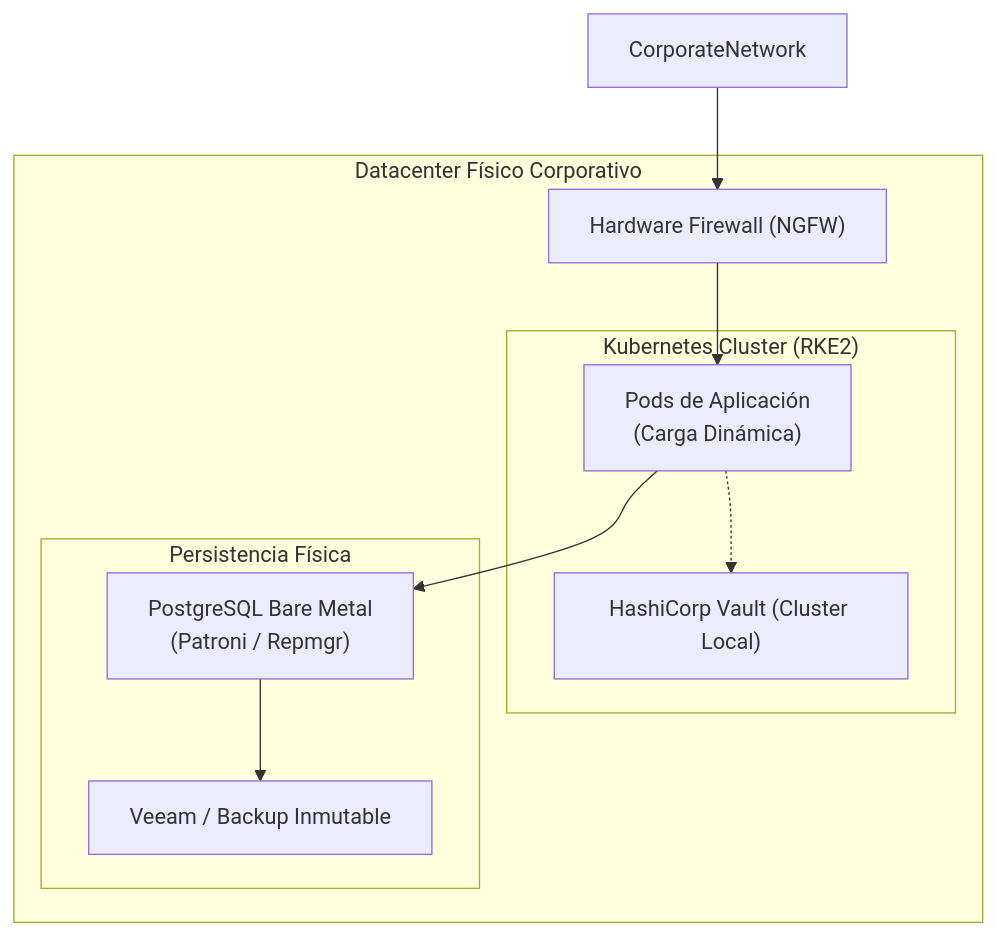
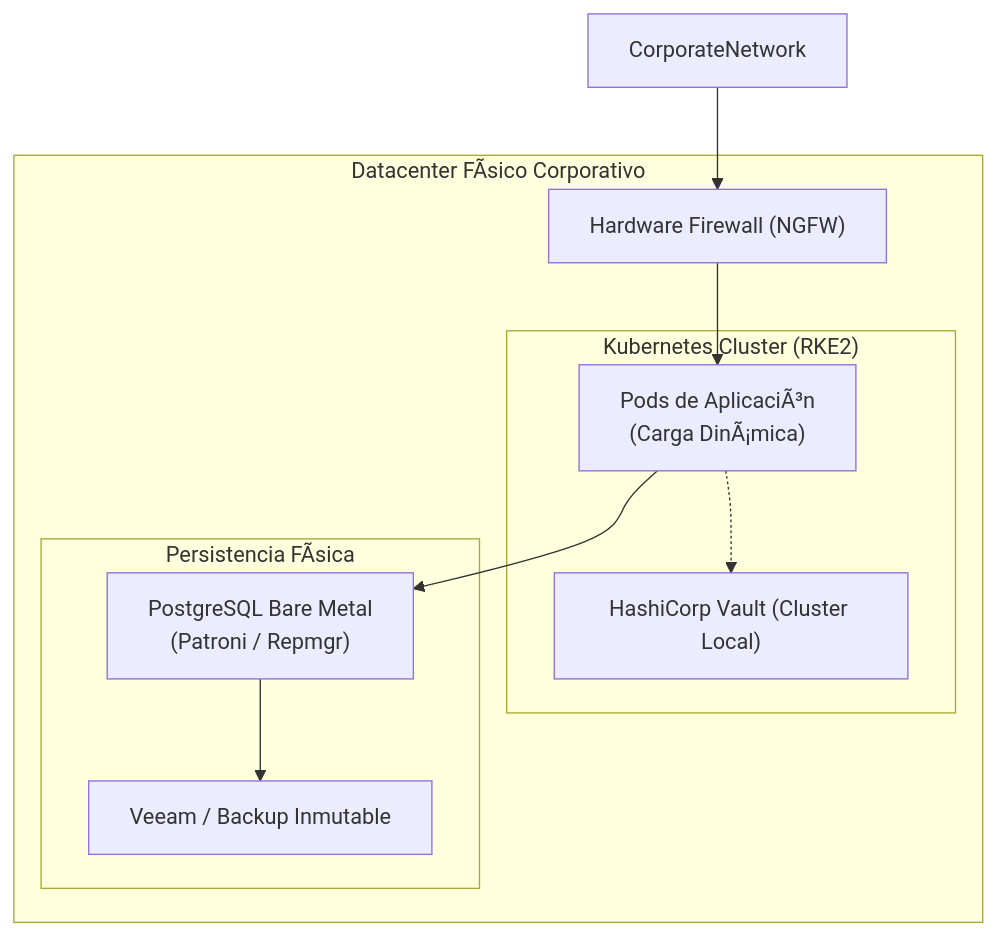
One commit to beyondnetcode/arc32_nodejs_progresive_monolith changed the third of 4 diagrams in architecture/blueprints-es/multi-cloud-deployment-scenarios.md. Above: the diagram before and after it, drawn with Mermaid. The commit also changed other lines of this file and 303 other files, not shown here.

````diff
--- a/architecture/blueprints-es/multi-cloud-deployment-scenarios.md
+++ b/architecture/blueprints-es/multi-cloud-deployment-scenarios.md
@@ -185,20 +185,20 @@
 ```mermaid
 graph TD
-    subgraph Datacenter["Datacenter Físico Corporativo"]
+    subgraph Datacenter["Datacenter FÃ­sico Corporativo"]
         FW["Hardware Firewall (NGFW)"]
         subgraph K8sCluster["Kubernetes Cluster (RKE2)"]
-            AppPods["Pods de Aplicación\n(Carga Dinámica)"]
+            AppPods["Pods de AplicaciÃ³n\n(Carga DinÃ¡mica)"]
             Vault["HashiCorp Vault (Cluster Local)"]
         end
-        subgraph BareMetalData["Persistencia Física"]
+        subgraph BareMetalData["Persistencia FÃ­sica"]
             PostgresHAP["PostgreSQL Bare Metal\n(Patroni / Repmgr)"]
             Backup["Veeam / Backup Inmutable"]
         end
     end
     
     CorporateNetwork --> FW
     FW --> AppPods
     AppPods -.-> Vault
     AppPods --> PostgresHAP
     PostgresHAP --> Backup
 ```
````
